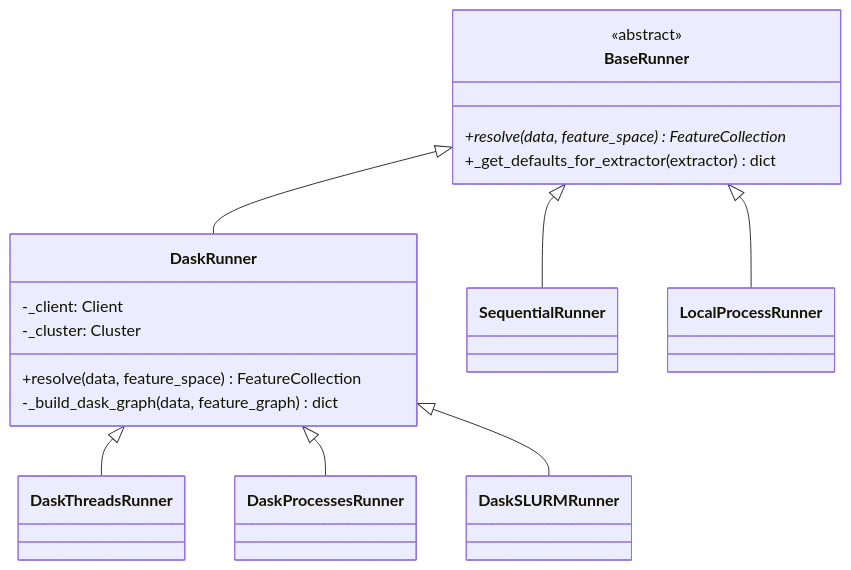
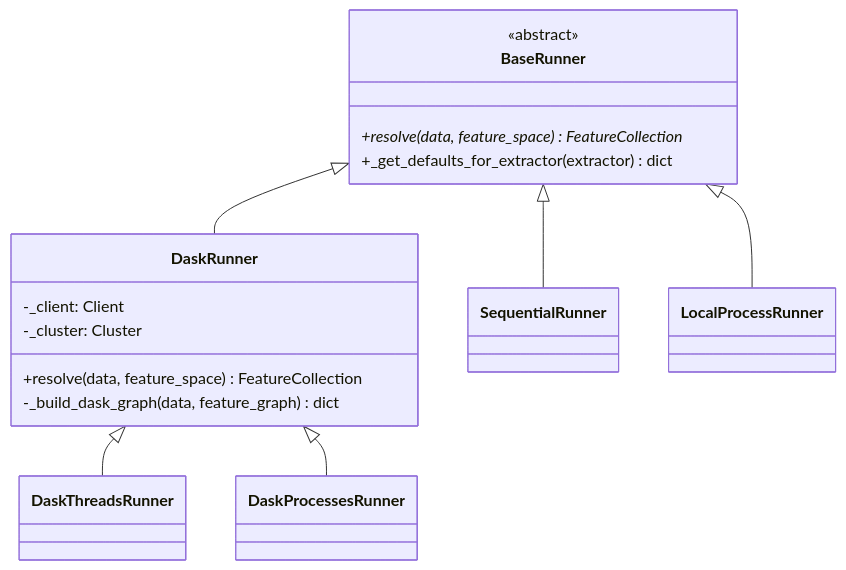
One commit to quatrope/hyppo changed the fifth of 6 diagrams in docs/source/architecture.rst. Above: the diagram before and after it, drawn with Mermaid. The commit also changed other lines of this file and 28 other files, not shown here.

First line of the commit message:
improve test quality: add regression tests, fix exceptions, remove DaskSLURMRunner refs

```diff
--- a/docs/source/architecture.rst
+++ b/docs/source/architecture.rst
@@ -172,22 +170,21 @@
 .. mermaid::
 
    classDiagram
        class BaseRunner {
            <<abstract>>
            +resolve(data, feature_space)* FeatureCollection
            +_get_defaults_for_extractor(extractor) dict
        }
 
        class DaskRunner {
            -_client: Client
            -_cluster: Cluster
            +resolve(data, feature_space) FeatureCollection
            -_build_dask_graph(data, feature_graph) dict
        }
 
        BaseRunner <|-- SequentialRunner
        BaseRunner <|-- LocalProcessRunner
        BaseRunner <|-- DaskRunner
        DaskRunner <|-- DaskThreadsRunner
        DaskRunner <|-- DaskProcessesRunner
-       DaskRunner <|-- DaskSLURMRunner
```
